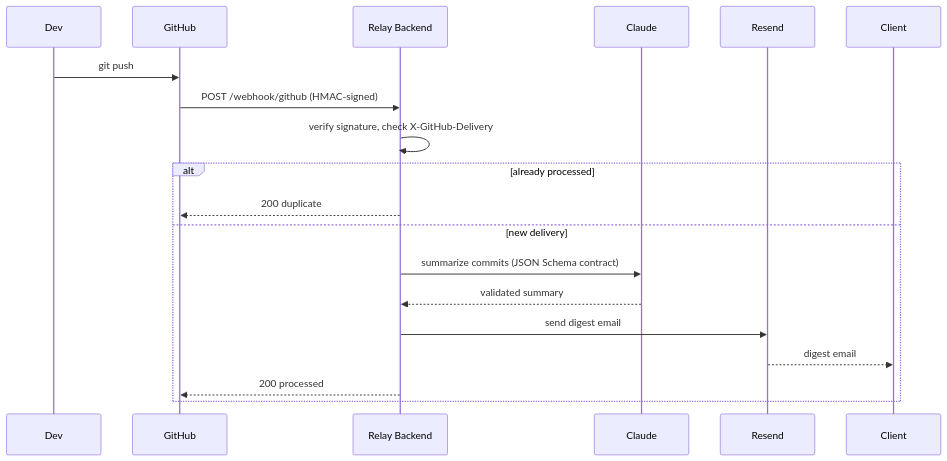
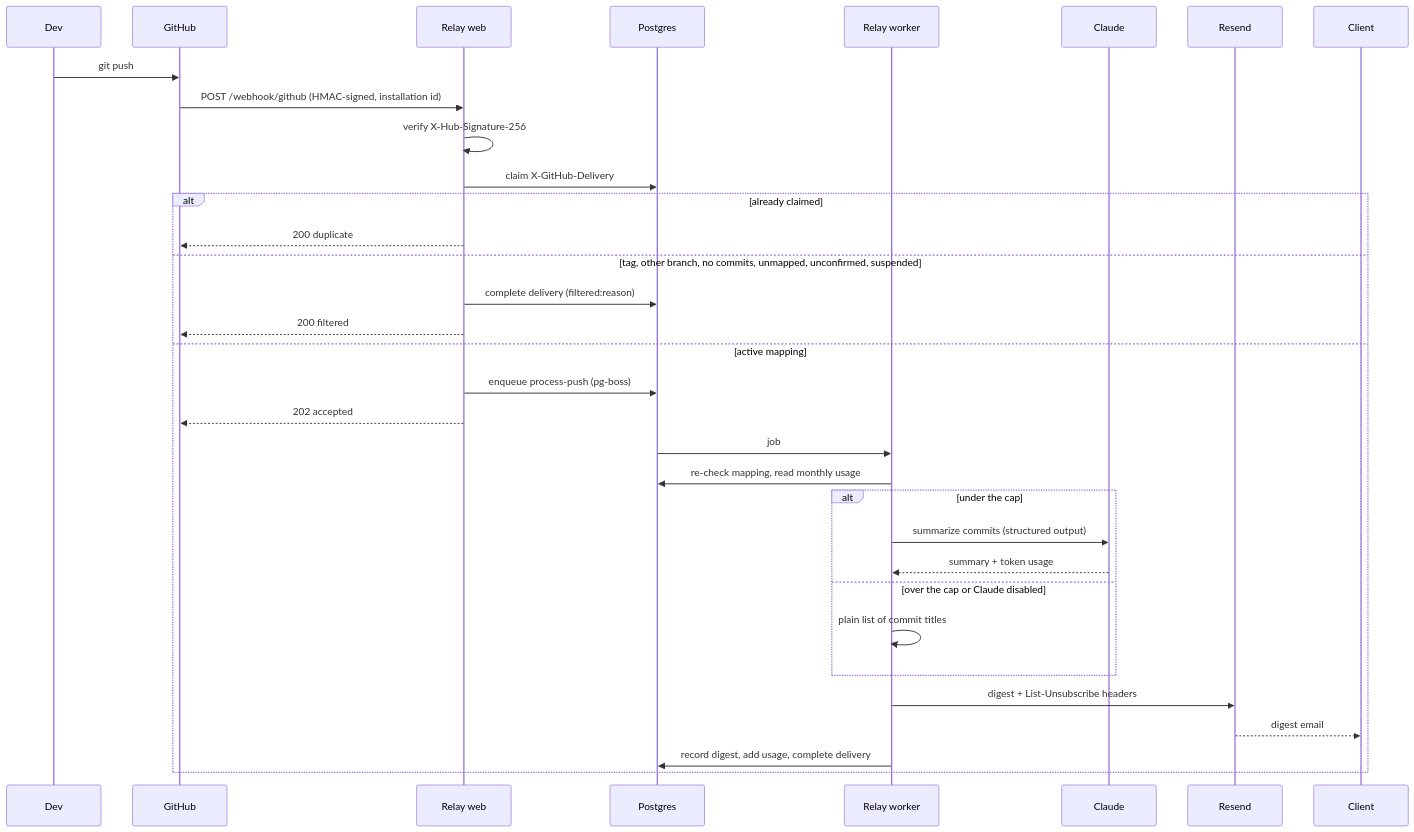
One commit to vishnumuthyalu/relay-extension changed the diagram in docs/sequence.md. Above: the diagram before and after it, drawn with Mermaid. The commit also changed other lines of this file and 6 other files, not shown here.

Commit message:
docs: document GitHub App setup, ADRs 002-003 and the multi-tenant flow

````diff
--- a/docs/sequence.md
+++ b/docs/sequence.md
@@ -9,22 +6,36 @@
 ```mermaid
 sequenceDiagram
     participant Dev
     participant GitHub
-    participant Relay as Relay Backend
+    participant Web as Relay web
+    participant DB as Postgres
+    participant Worker as Relay worker
     participant Claude
     participant Resend
     participant Client
 
     Dev->>GitHub: git push
-    GitHub->>Relay: POST /webhook/github (HMAC-signed)
-    Relay->>Relay: verify signature, check X-GitHub-Delivery
-    alt already processed
-        Relay-->>GitHub: 200 duplicate
-    else new delivery
-        Relay->>Claude: summarize commits (JSON Schema contract)
-        Claude-->>Relay: validated summary
-        Relay->>Resend: send digest email
+    GitHub->>Web: POST /webhook/github (HMAC-signed, installation id)
+    Web->>Web: verify X-Hub-Signature-256
+    Web->>DB: claim X-GitHub-Delivery
+    alt already claimed
+        Web-->>GitHub: 200 duplicate
+    else tag, other branch, no commits, unmapped, unconfirmed, suspended
+        Web->>DB: complete delivery (filtered:reason)
+        Web-->>GitHub: 200 filtered
+    else active mapping
+        Web->>DB: enqueue process-push (pg-boss)
+        Web-->>GitHub: 202 accepted
+        DB->>Worker: job
+        Worker->>DB: re-check mapping, read monthly usage
+        alt under the cap
+            Worker->>Claude: summarize commits (structured output)
+            Claude-->>Worker: summary + token usage
+        else over the cap or Claude disabled
+            Worker->>Worker: plain list of commit titles
+        end
+        Worker->>Resend: digest + List-Unsubscribe headers
         Resend-->>Client: digest email
-        Relay-->>GitHub: 200 processed
+        Worker->>DB: record digest, add usage, complete delivery
     end
 ```
````
